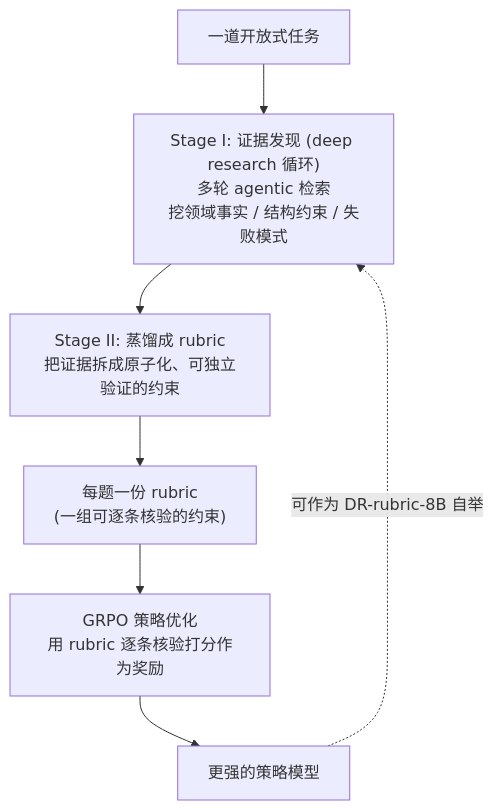
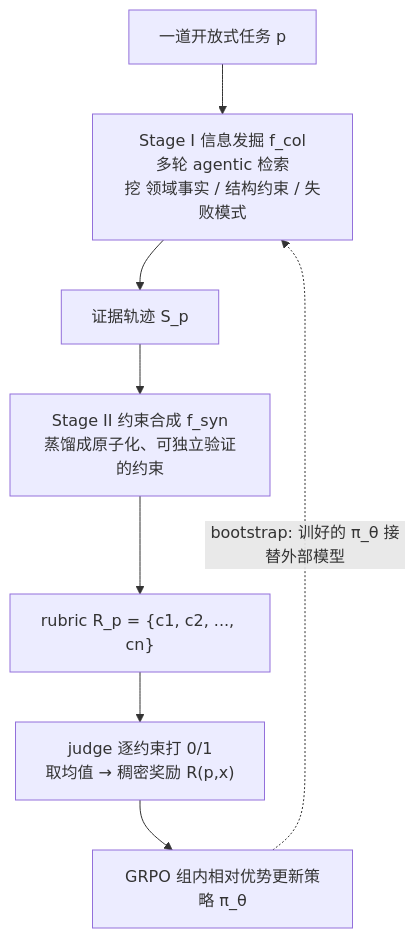
The diagram in docs/agent/deep-research/dr-rubric.md (zhoujx4/llm-atlas), drawn with Mermaid before and after one commit. The commit also changed other lines of this file and 156 other files, not shown here.

First line of the commit message:
docs: 论文页按规范批量重排+配图，新增 Harness 工程演进四页

````diff
--- a/docs/agent/deep-research/dr-rubric.md
+++ b/docs/agent/deep-research/dr-rubric.md
@@ -24,9 +50,10 @@
 ```mermaid
 flowchart TD
-    Q[一道开放式任务] --> S1["Stage I: 证据发现 (deep research 循环)<br/>多轮 agentic 检索<br/>挖领域事实 / 结构约束 / 失败模式"]
-    S1 --> S2["Stage II: 蒸馏成 rubric<br/>把证据拆成原子化、可独立验证的约束"]
-    S2 --> R["每题一份 rubric<br/>(一组可逐条核验的约束)"]
-    R --> RL["GRPO 策略优化<br/>用 rubric 逐条核验打分作为奖励"]
-    RL --> POL[更强的策略模型]
-    POL -.可作为 DR-rubric-8B 自举.-> S1
+    Q["一道开放式任务 p"] --> S1["Stage I 信息发掘 f_col<br/>多轮 agentic 检索<br/>挖 领域事实 / 结构约束 / 失败模式"]
+    S1 --> ST["证据轨迹 S_p"]
+    ST --> S2["Stage II 约束合成 f_syn<br/>蒸馏成原子化、可独立验证的约束"]
+    S2 --> R["rubric R_p = {c1, c2, ..., cn}"]
+    R --> J["judge 逐约束打 0/1<br/>取均值 → 稠密奖励 R(p,x)"]
+    J --> RL["GRPO 组内相对优势更新策略 π_θ"]
+    RL -.bootstrap: 训好的 π_θ 接替外部模型.-> S1
 ```
````
